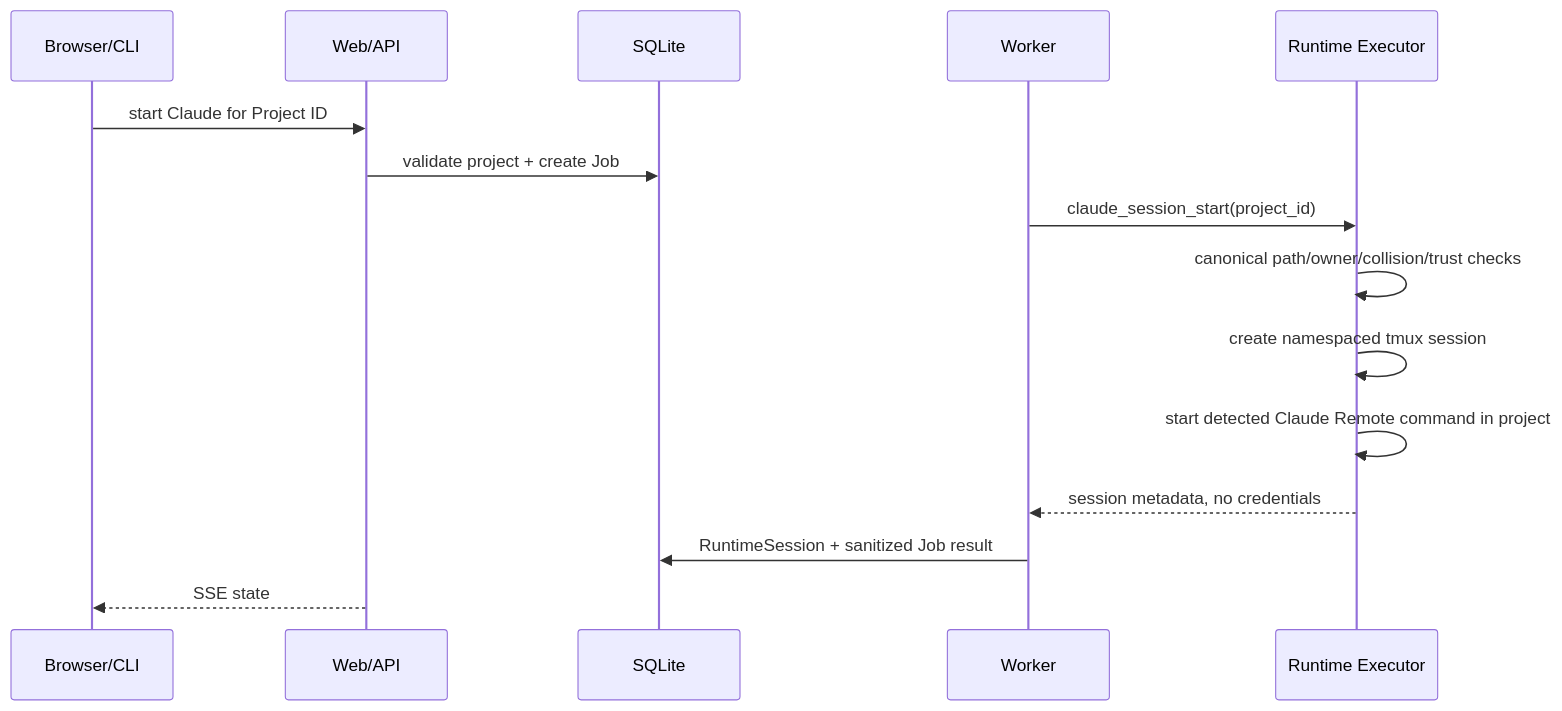
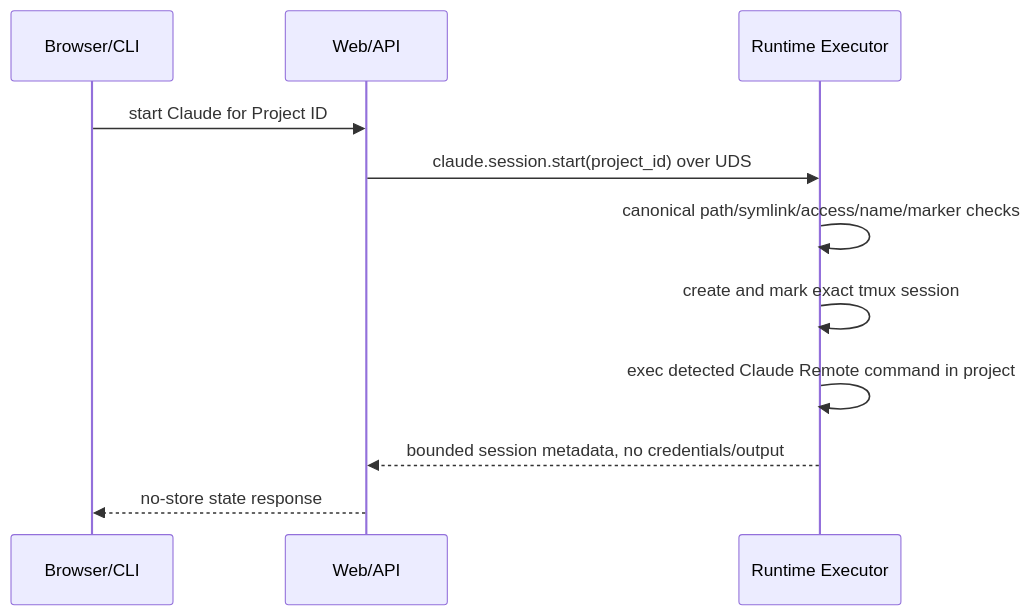
The sixth of 6 diagrams in docs/ARCHITECTURE.md (ForceMind/agentbox), drawn with Mermaid before and after one commit. The commit also changed other lines of this file and 11 other files, not shown here.

Commit message:
docs: document Claude Remote integration

````diff
--- a/docs/ARCHITECTURE.md
+++ b/docs/ARCHITECTURE.md
@@ -368,17 +387,13 @@
 ```mermaid
 sequenceDiagram
     participant B as Browser/CLI
     participant A as Web/API
-    participant D as SQLite
-    participant W as Worker
     participant R as Runtime Executor
     B->>A: start Claude for Project ID
-    A->>D: validate project + create Job
-    W->>R: claude_session_start(project_id)
-    R->>R: canonical path/owner/collision/trust checks
-    R->>R: create namespaced tmux session
-    R->>R: start detected Claude Remote command in project
-    R-->>W: session metadata, no credentials
-    W->>D: RuntimeSession + sanitized Job result
-    A-->>B: SSE state
+    A->>R: claude.session.start(project_id) over UDS
+    R->>R: canonical path/symlink/access/name/marker checks
+    R->>R: create and mark exact tmux session
+    R->>R: exec detected Claude Remote command in project
+    R-->>A: bounded session metadata, no credentials/output
+    A-->>B: no-store state response
 ```
````
